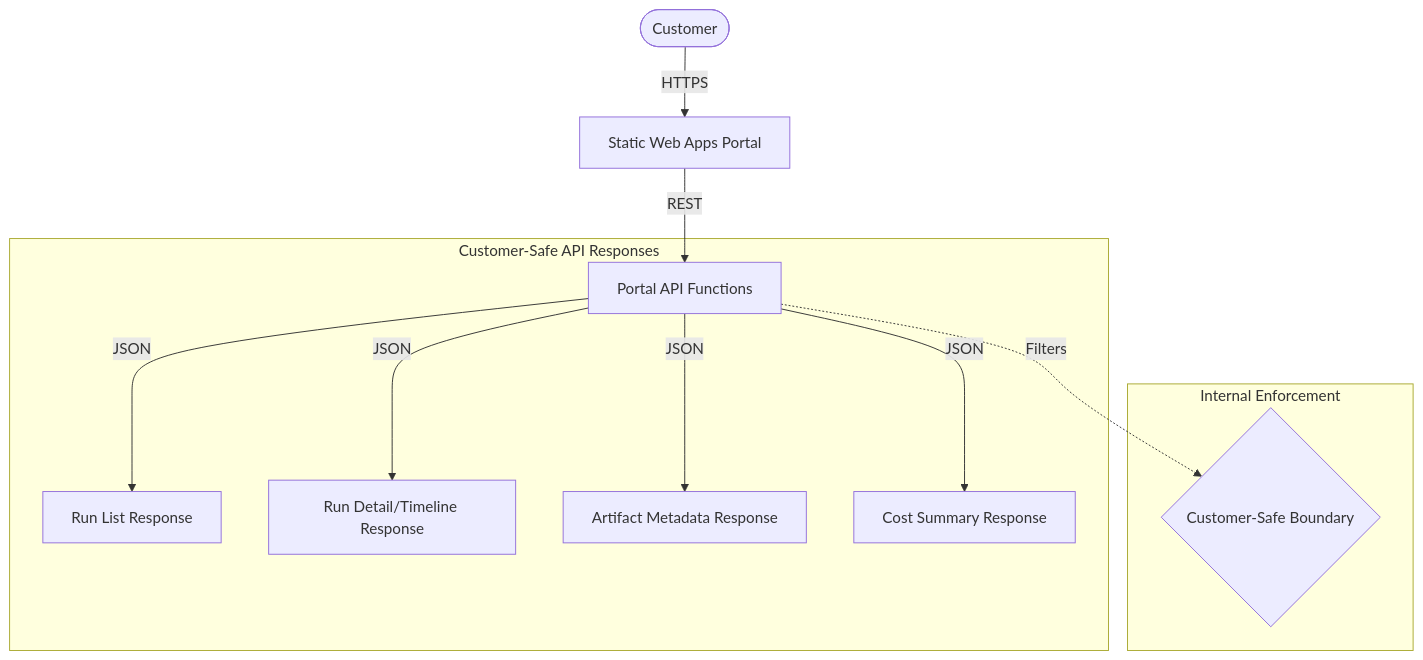
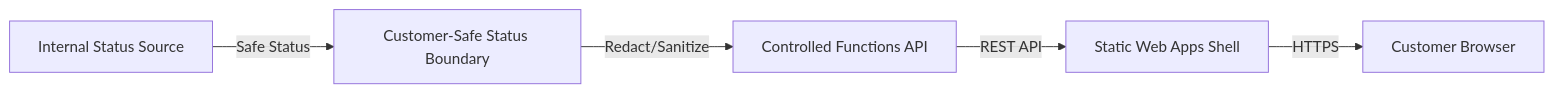
One commit to wildersa/azure_ref_kit changed the diagram in building-blocks/portals/static-status-portal/README.md. Above: the diagram before and after it, drawn with Mermaid. The commit also changed other lines of this file and 1 other file, not shown here.

First line of the commit message:
[PORTAL-001] Define static customer-safe status portal contract (#228)

````diff
--- a/building-blocks/portals/static-status-portal/README.md
+++ b/building-blocks/portals/static-status-portal/README.md
@@ -20,16 +13,7 @@
 ```mermaid
-graph TD
-    Customer([Customer]) -->|HTTPS| Portal[Static Web Apps Portal]
-    Portal -->|REST| API[Portal API Functions]
-
-    subgraph "Customer-Safe API Responses"
-        API -->|JSON| RunList[Run List Response]
-        API -->|JSON| RunDetail[Run Detail/Timeline Response]
-        API -->|JSON| Artifacts[Artifact Metadata Response]
-        API -->|JSON| Cost[Cost Summary Response]
-    end
-
-    subgraph "Internal Enforcement"
-        API -.->|Filters| Boundary{Customer-Safe Boundary}
-    end
+flowchart LR
+    Source[Internal Status Source] -->|Safe Status| Boundary[Customer-Safe Status Boundary]
+    Boundary -->|Redact/Sanitize| Func[Controlled Functions API]
+    Func -->|REST API| SWA[Static Web Apps Shell]
+    SWA -->|HTTPS| Customer[Customer Browser]
 ```
````
